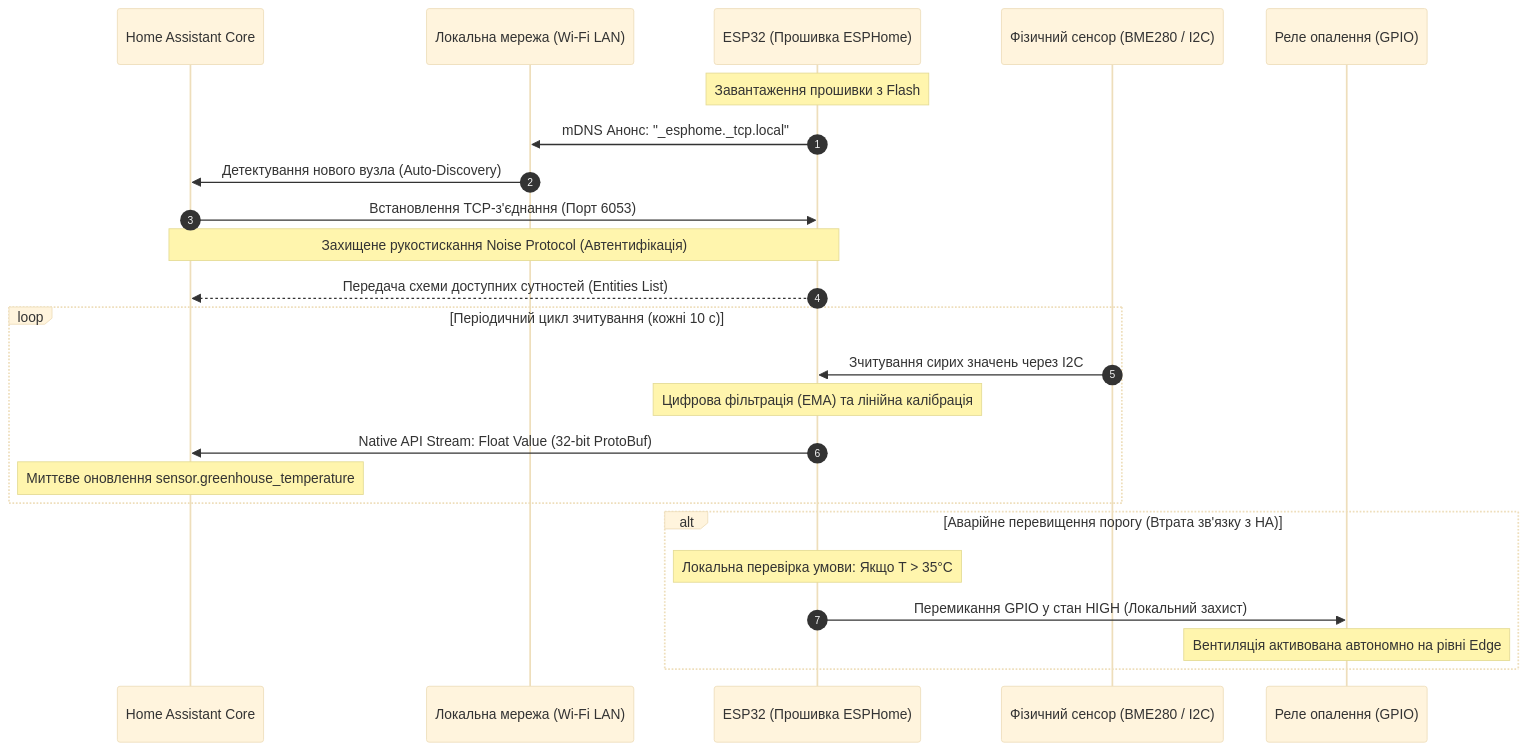
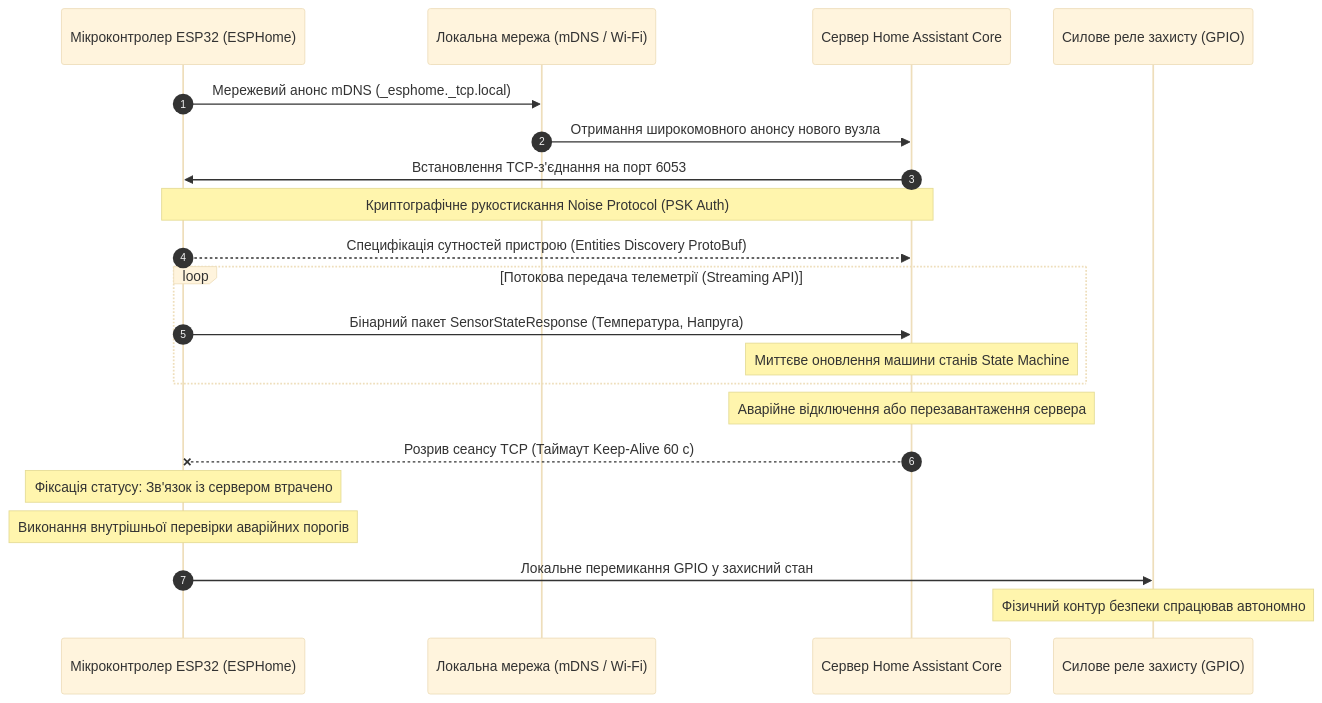
One commit to KyryloVadurin/iot-technologies changed the fourth of 5 diagrams in docs/lk/lk11.md. Above: the diagram before and after it, drawn with Mermaid (base theme). The commit also changed other lines of this file, not shown here.

````diff
--- a/docs/lk/lk11.md
+++ b/docs/lk/lk11.md
@@ -169,29 +320,27 @@
 ```mermaid
 sequenceDiagram
     autonumber
-    participant HA as Home Assistant Core
-    participant Net as Локальна мережа (Wi-Fi LAN)
-    participant ESP as ESP32 (Прошивка ESPHome)
-    participant Sensor as Фізичний сенсор (BME280 / I2C)
-    participant Relay as Реле опалення (GPIO)
+    participant ESP as Мікроконтролер ESP32 (ESPHome)
+    participant Net as Локальна мережа (mDNS / Wi-Fi)
+    participant HA as Сервер Home Assistant Core
+    participant Relay as Силове реле захисту (GPIO)
 
-    Note over ESP: Завантаження прошивки з Flash
-    ESP->>Net: mDNS Анонс: "_esphome._tcp.local"
-    Net->>HA: Детектування нового вузла (Auto-Discovery)
-    HA->>ESP: Встановлення TCP-з'єднання (Порт 6053)
-    Note over HA,ESP: Захищене рукостискання Noise Protocol (Автентифікація)
-    ESP-->>HA: Передача схеми доступних сутностей (Entities List)
+    ESP->>Net: Мережевий анонс mDNS (_esphome._tcp.local)
+    Net->>HA: Отримання широкомовного анонсу нового вузла
+    HA->>ESP: Встановлення TCP-з'єднання на порт 6053
+    Note over ESP,HA: Криптографічне рукостискання Noise Protocol (PSK Auth)
+    ESP-->>HA: Специфікація сутностей пристрою (Entities Discovery ProtoBuf)
     
-    loop Періодичний цикл зчитування (кожні 10 с)
-        Sensor->>ESP: Зчитування сирих значень через I2C
-        Note over ESP: Цифрова фільтрація (EMA) та лінійна калібрація
-        ESP->>HA: Native API Stream: Float Value (32-bit ProtoBuf)
-        Note over HA: Миттєве оновлення sensor.greenhouse_temperature
+    loop Потокова передача телеметрії (Streaming API)
+        ESP->>HA: Бінарний пакет SensorStateResponse (Температура, Напруга)
+        Note over HA: Миттєве оновлення машини станів State Machine
     end
 
-    alt Аварійне перевищення порогу (Втрата зв'язку з HA)
-        Note over ESP: Локальна перевірка умови: Якщо T > 35°C
-        ESP->>Relay: Перемикання GPIO у стан HIGH (Локальний захист)
-        Note over Relay: Вентиляція активована автономно на рівні Edge
-    end
+    Note over HA: Аварійне відключення або перезавантаження сервера
+    HA--xESP: Розрив сеансу TCP (Таймаут Keep-Alive 60 c)
+    
+    Note over ESP: Фіксація статусу: Зв'язок із сервером втрачено
+    Note over ESP: Виконання внутрішньої перевірки аварійних порогів
+    ESP->>Relay: Локальне перемикання GPIO у захисний стан
+    Note over Relay: Фізичний контур безпеки спрацював автономно
 ```
````
